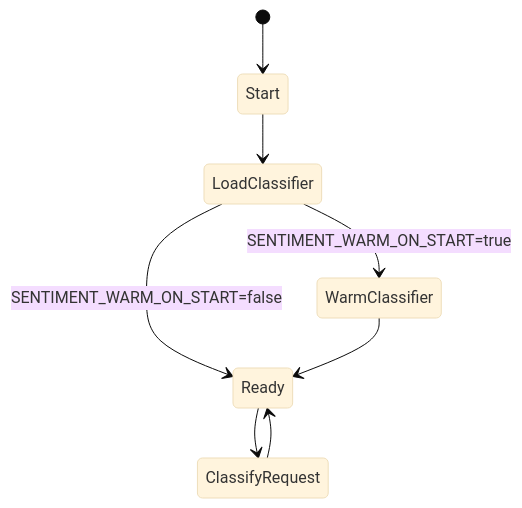
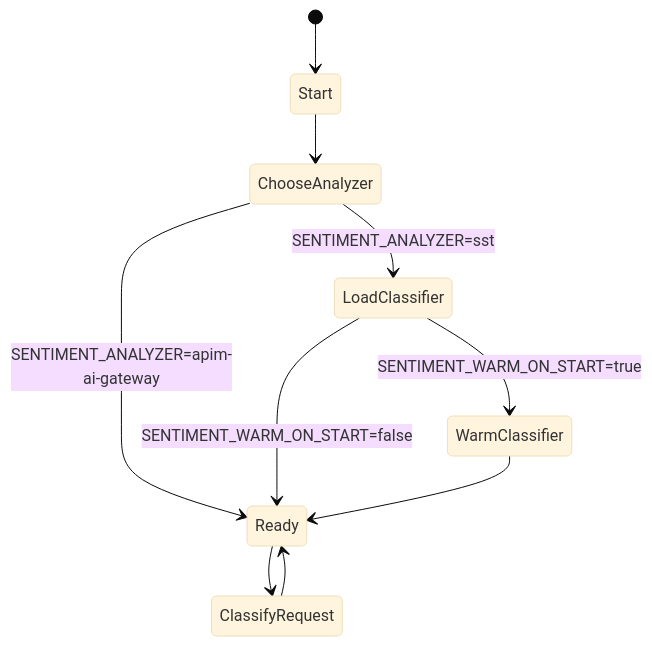
Before and after one commit to nickromney/platform: the second of 4 diagrams in apps/sentiment/docs/COMPOSE-ARCHITECTURE.md, drawn with Mermaid (base theme). The commit also changed other lines of this file and 40 other files, not shown here.

````diff
--- a/apps/sentiment/docs/COMPOSE-ARCHITECTURE.md
+++ b/apps/sentiment/docs/COMPOSE-ARCHITECTURE.md
@@ -54,10 +67,12 @@
 ```mermaid
 stateDiagram-v2
     [*] --> Start
-    Start --> LoadClassifier
+    Start --> ChooseAnalyzer
+    ChooseAnalyzer --> LoadClassifier: SENTIMENT_ANALYZER=sst
+    ChooseAnalyzer --> Ready: SENTIMENT_ANALYZER=apim-ai-gateway
     LoadClassifier --> WarmClassifier: SENTIMENT_WARM_ON_START=true
     LoadClassifier --> Ready: SENTIMENT_WARM_ON_START=false
     WarmClassifier --> Ready
     Ready --> ClassifyRequest
     ClassifyRequest --> Ready
 ```
````
